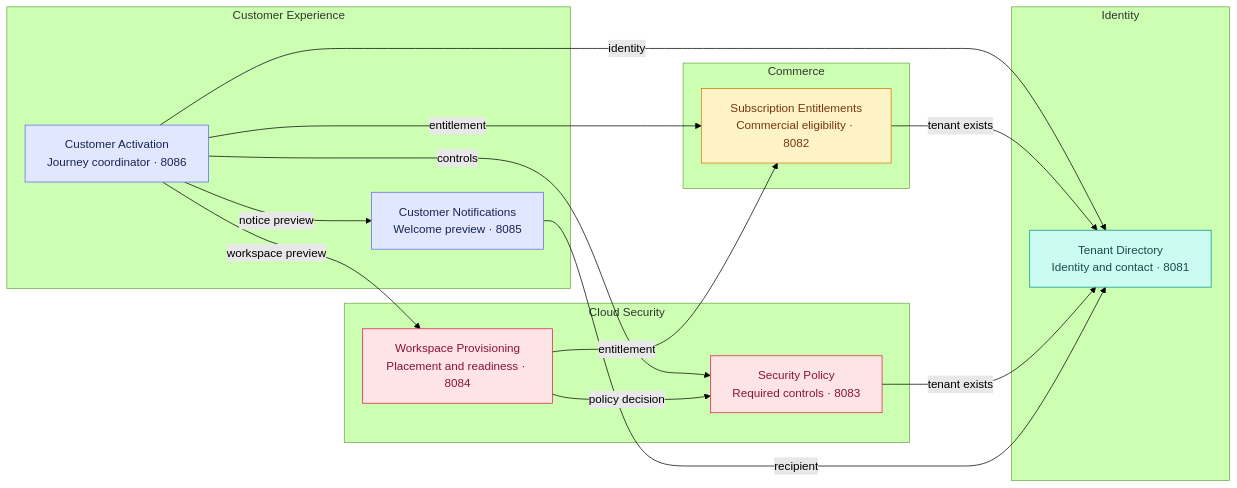
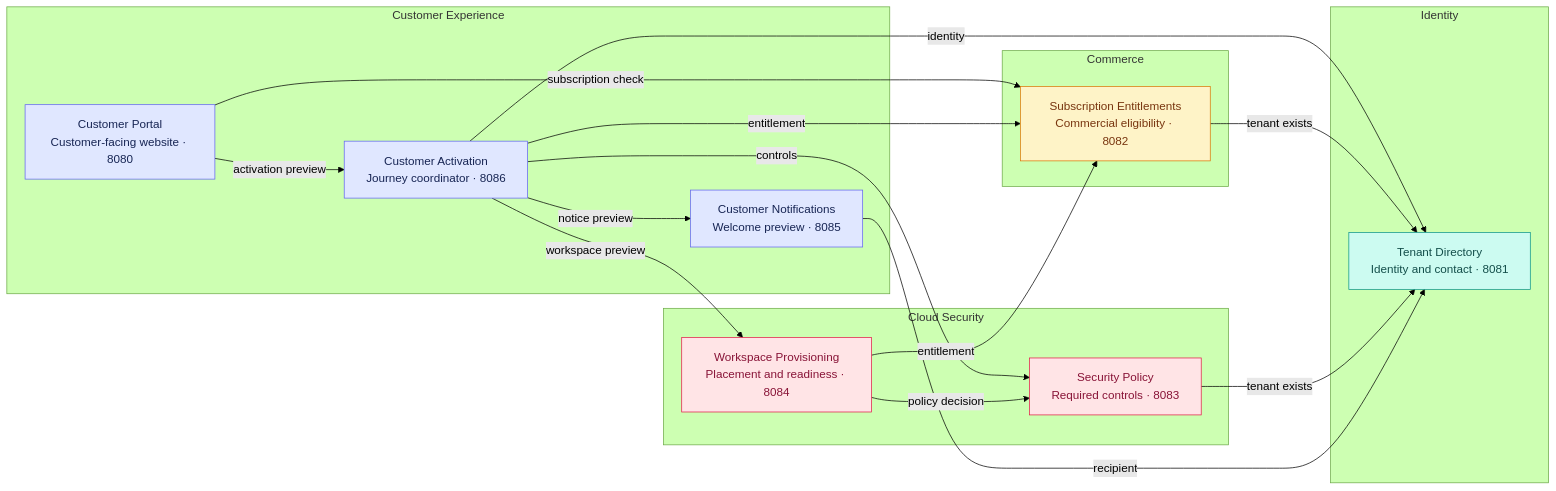
The diagram in services/onboarding-service/docs/handbook/architecture.mmd (anthones/backstage-poc), drawn with Mermaid (forest theme) before and after one commit. The commit also changed 49 other files, not shown here.

```diff
--- a/services/onboarding-service/docs/handbook/architecture.mmd
+++ b/services/onboarding-service/docs/handbook/architecture.mmd
@@ -1,36 +1,39 @@
 flowchart LR
   classDef cx fill:#e0e7ff,stroke:#6366f1,color:#172554
   classDef identity fill:#ccfbf1,stroke:#0d9488,color:#134e4a
   classDef commerce fill:#fef3c7,stroke:#d97706,color:#78350f
   classDef security fill:#ffe4e6,stroke:#e11d48,color:#881337
 
   subgraph CX[Customer Experience]
+    F[Customer Portal<br/>Customer-facing website · 8080]
     O[Customer Activation<br/>Journey coordinator · 8086]
     N[Customer Notifications<br/>Welcome preview · 8085]
   end
   subgraph ID[Identity]
     T[Tenant Directory<br/>Identity and contact · 8081]
   end
   subgraph COM[Commerce]
     S[Subscription Entitlements<br/>Commercial eligibility · 8082]
   end
   subgraph SEC[Cloud Security]
     P[Security Policy<br/>Required controls · 8083]
     W[Workspace Provisioning<br/>Placement and readiness · 8084]
   end
 
+  F -->|activation preview| O
+  F -->|subscription check| S
   O -->|identity| T
   O -->|entitlement| S
   O -->|controls| P
   O -->|workspace preview| W
   O -->|notice preview| N
   S -->|tenant exists| T
   P -->|tenant exists| T
   W -->|policy decision| P
   W -->|entitlement| S
   N -->|recipient| T
 
-  class O,N cx
+  class F,O,N cx
   class T identity
   class S commerce
   class P,W security
```
